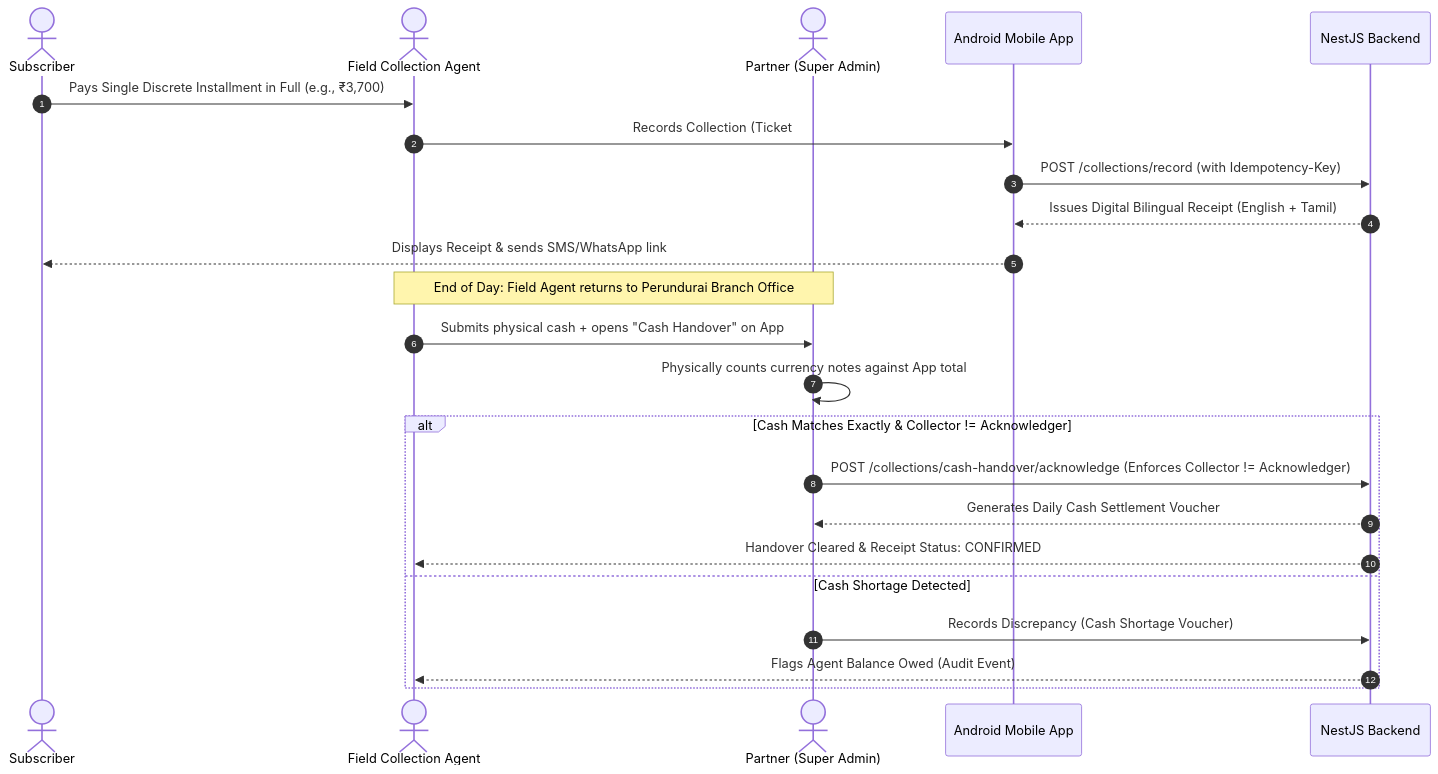
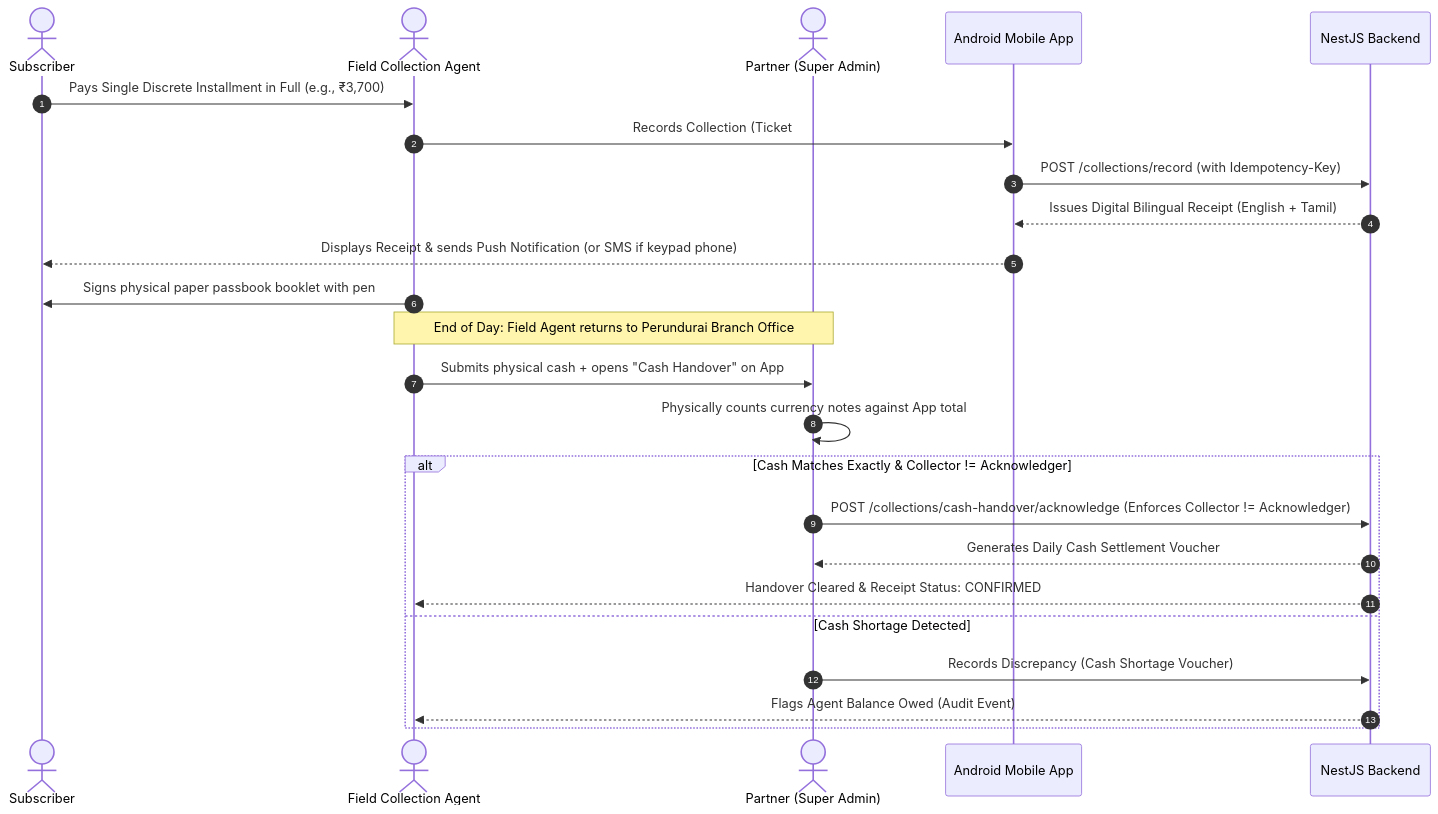
One commit to Kathir-24/Kumaran-finance changed the first of 2 diagrams in docs/07-operations/operations-sop.md. Above: the diagram before and after it, drawn with Mermaid. The commit also changed other lines of this file and 23 other files, not shown here.

Commit message:
feat(notifications): implement unified smart push hierarchy with SMS fallback, park WhatsApp in V1, and update all specs

````diff
--- a/docs/07-operations/operations-sop.md
+++ b/docs/07-operations/operations-sop.md
@@ -10,28 +10,29 @@
 ```mermaid
 sequenceDiagram
     autonumber
     actor Customer as Subscriber
     actor Agent as Field Collection Agent
     actor Partner as Partner (Super Admin)
     participant App as Android Mobile App
     participant Server as NestJS Backend
 
     Customer->>Agent: Pays Single Discrete Installment in Full (e.g., ₹3,700)
     Agent->>App: Records Collection (Ticket #, Exact Amount, Method: CASH)
     App->>Server: POST /collections/record (with Idempotency-Key)
     Server-->>App: Issues Digital Bilingual Receipt (English + Tamil)
-    App-->>Customer: Displays Receipt & sends SMS/WhatsApp link
+    App-->>Customer: Displays Receipt & sends Push Notification (or SMS if keypad phone)
+    Agent->>Customer: Signs physical paper passbook booklet with pen
 
     Note over Agent,Partner: End of Day: Field Agent returns to Perundurai Branch Office
 
     Agent->>Partner: Submits physical cash + opens "Cash Handover" on App
     Partner->>Partner: Physically counts currency notes against App total
     alt Cash Matches Exactly & Collector != Acknowledger
         Partner->>Server: POST /collections/cash-handover/acknowledge (Enforces Collector != Acknowledger)
         Server-->>Partner: Generates Daily Cash Settlement Voucher
         Server-->>Agent: Handover Cleared & Receipt Status: CONFIRMED
     else Cash Shortage Detected
         Partner->>Server: Records Discrepancy (Cash Shortage Voucher)
         Server-->>Agent: Flags Agent Balance Owed (Audit Event)
     end
 ```
````
